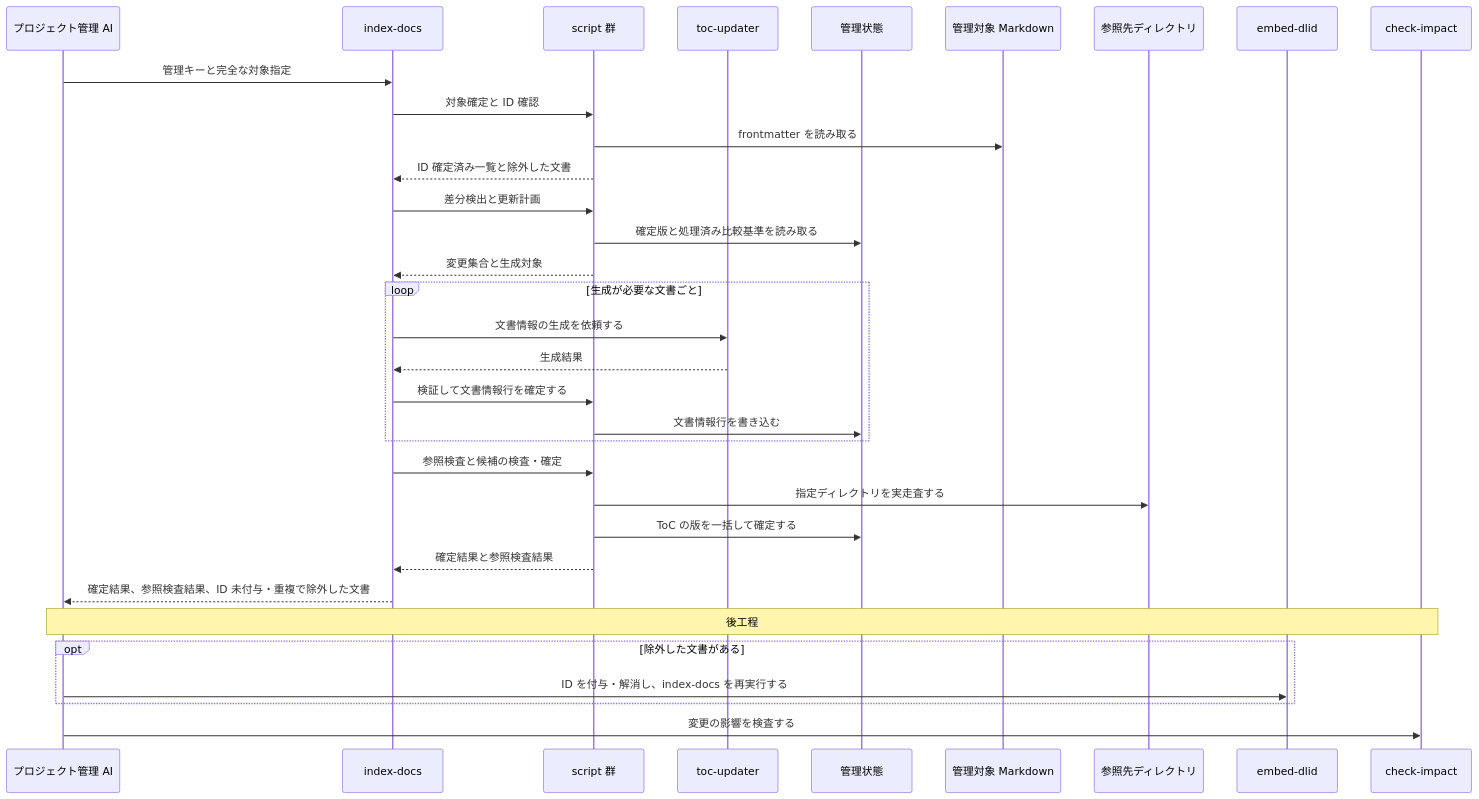
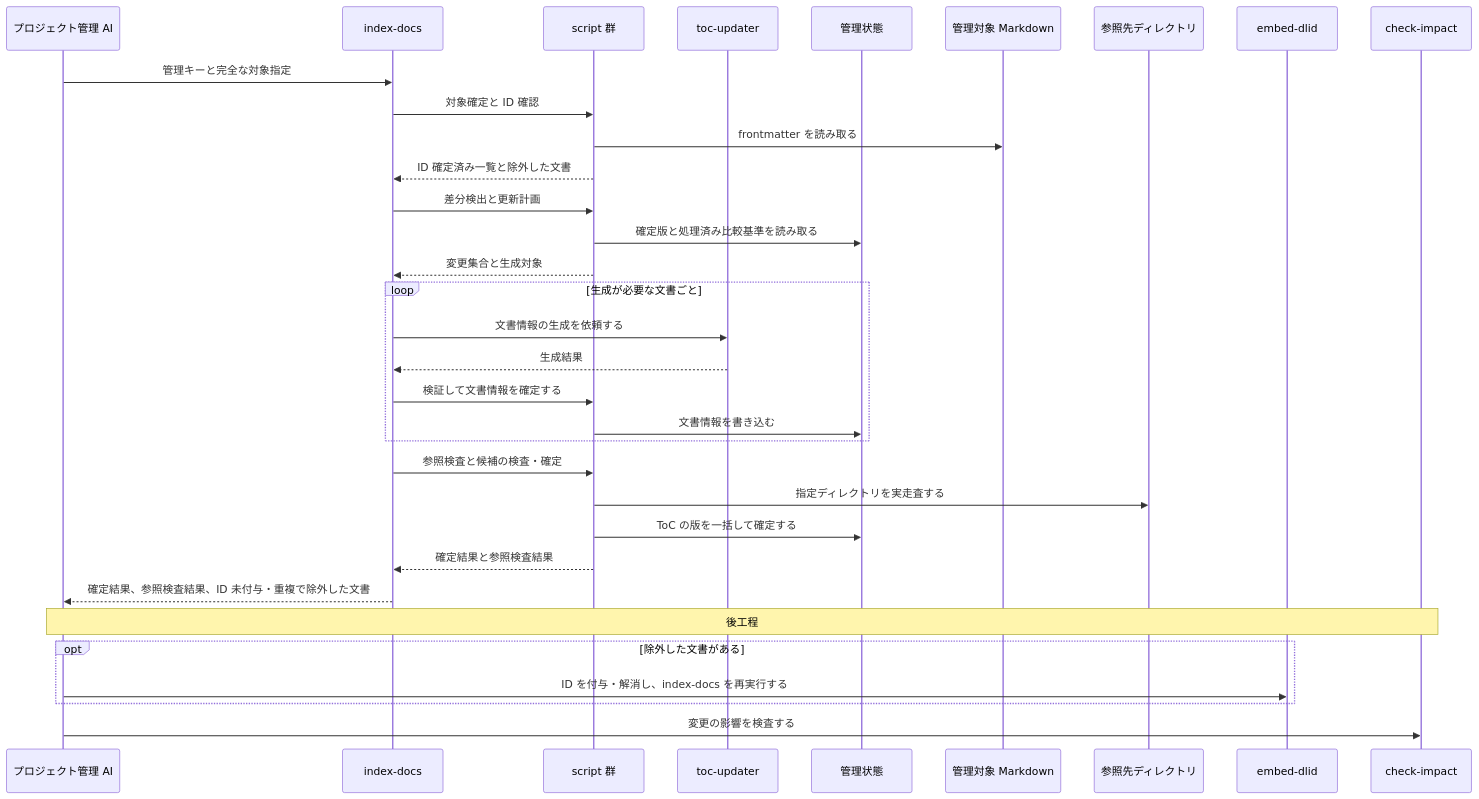
Before and after one commit to BlueEventHorizon/doc-link: the third of 8 diagrams in docs/specs/design/DES-010-skill-composition.md, drawn with Mermaid. The commit also changed other lines of this file and 12 other files, not shown here.

````diff
--- a/docs/specs/design/DES-010-skill-composition.md
+++ b/docs/specs/design/DES-010-skill-composition.md
@@ -159,36 +159,36 @@
 ```mermaid
 sequenceDiagram
     participant PM as プロジェクト管理 AI
     participant Skill as index-docs
     participant Scripts as script 群
     participant Agent as toc-updater
-    participant DB as 管理状態
+    participant State as 管理状態
     participant Docs as 管理対象 Markdown
     participant RefDirs as 参照先ディレクトリ
     participant Embed as embed-dlid
     participant Impact as check-impact
 
     PM->>Skill: 管理キーと完全な対象指定
     Skill->>Scripts: 対象確定と ID 確認
     Scripts->>Docs: frontmatter を読み取る
     Scripts-->>Skill: ID 確定済み一覧と除外した文書
     Skill->>Scripts: 差分検出と更新計画
-    Scripts->>DB: 確定版と処理済み比較基準を読み取る
+    Scripts->>State: 確定版と処理済み比較基準を読み取る
     Scripts-->>Skill: 変更集合と生成対象
     loop 生成が必要な文書ごと
         Skill->>Agent: 文書情報の生成を依頼する
         Agent-->>Skill: 生成結果
-        Skill->>Scripts: 検証して文書情報行を確定する
-        Scripts->>DB: 文書情報行を書き込む
+        Skill->>Scripts: 検証して文書情報を確定する
+        Scripts->>State: 文書情報を書き込む
     end
     Skill->>Scripts: 参照検査と候補の検査・確定
     Scripts->>RefDirs: 指定ディレクトリを実走査する
-    Scripts->>DB: ToC の版を一括して確定する
+    Scripts->>State: ToC の版を一括して確定する
     Scripts-->>Skill: 確定結果と参照検査結果
     Skill-->>PM: 確定結果、参照検査結果、ID 未付与・重複で除外した文書
     Note over PM,Impact: 後工程
     opt 除外した文書がある
         PM->>Embed: ID を付与・解消し、index-docs を再実行する
     end
     PM->>Impact: 変更の影響を検査する
 ```
````
